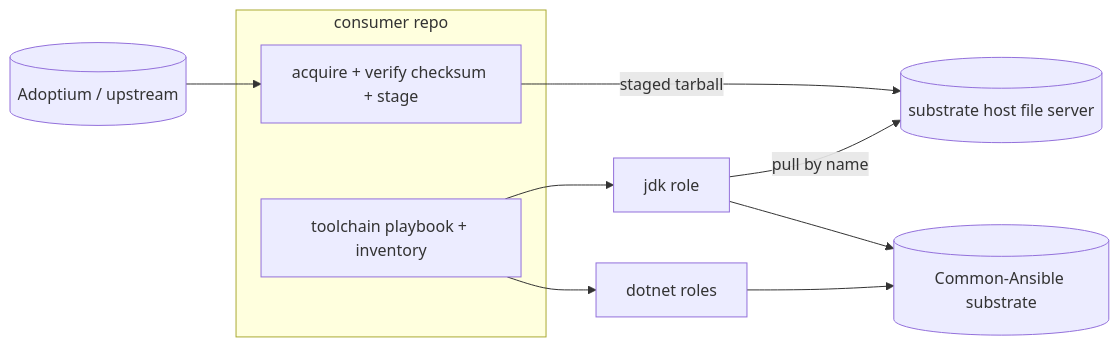
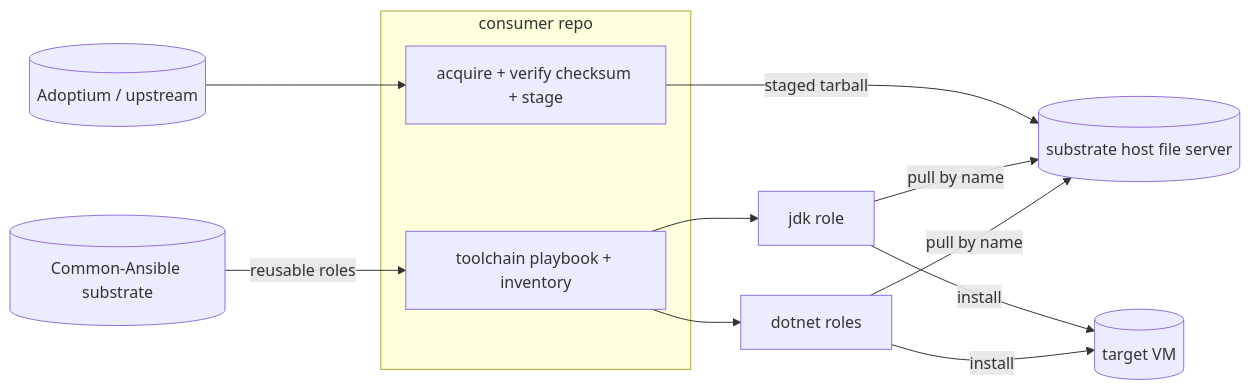
Diagram 17 of 30 in docs/dev/implementation/19-common-ansible-extraction-and-toolchain-provisioning/plan.md (Klark-Morrigan/Common-Ansible), drawn with Mermaid before and after one commit. The commit also changed other lines of this file, not shown here.

Commit message:
docs: update diagrams

````diff
--- a/docs/dev/implementation/19-common-ansible-extraction-and-toolchain-provisioning/plan.md
+++ b/docs/dev/implementation/19-common-ansible-extraction-and-toolchain-provisioning/plan.md
@@ -756,14 +758,16 @@
 ```mermaid
 flowchart LR
   subgraph CON[consumer repo]
     ACQ[acquire + verify checksum + stage]
     PB[toolchain playbook + inventory]
   end
   UP[(Adoptium / upstream)] --> ACQ
   ACQ -->|staged tarball| HFS[(substrate host file server)]
+  CA[(Common-Ansible substrate)] -->|reusable roles| PB
   PB --> JR[jdk role]
   PB --> DR[dotnet roles]
   JR -->|pull by name| HFS
-  JR --> CA[(Common-Ansible substrate)]
-  DR --> CA
+  DR -->|pull by name| HFS
+  JR -->|install| VM[(target VM)]
+  DR -->|install| VM
 ```
````
